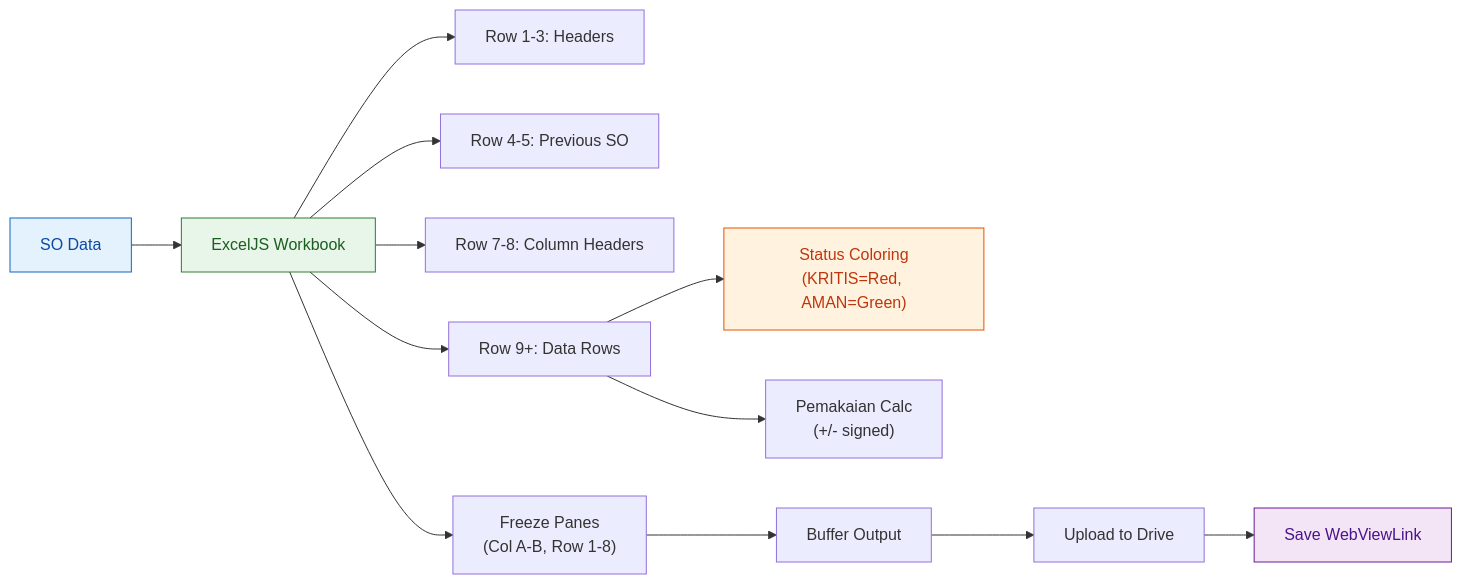
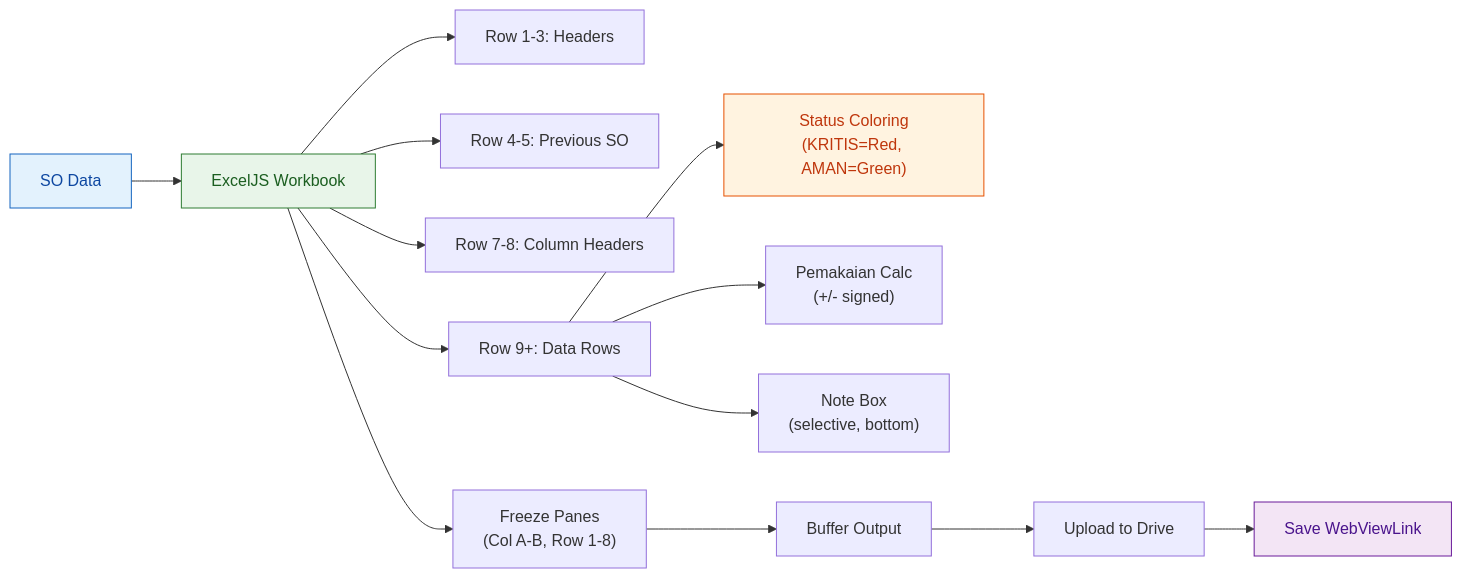
Before and after one commit to myGroomy/stokis-app: the sixth of 8 diagrams in docs/architecture.md, drawn with Mermaid. The commit also changed other lines of this file and 2 other files, not shown here.

````diff
--- a/docs/architecture.md
+++ b/docs/architecture.md
@@ -185,19 +190,20 @@
 ```mermaid
 flowchart LR
     A["SO Data"] --> B["ExcelJS Workbook"]
     B --> C["Row 1-3: Headers"]
     B --> D["Row 4-5: Previous SO"]
     B --> E["Row 7-8: Column Headers"]
     B --> F["Row 9+: Data Rows"]
     F --> G["Status Coloring<br/>(KRITIS=Red, AMAN=Green)"]
     F --> H["Pemakaian Calc<br/>(+/- signed)"]
+    F --> M["Note Box<br/>(selective, bottom)"]
     B --> I["Freeze Panes<br/>(Col A-B, Row 1-8)"]
     I --> J["Buffer Output"]
     J --> K["Upload to Drive"]
     K --> L["Save WebViewLink"]
 
     style A fill:#E3F2FD,stroke:#1565C0,color:#0D47A1
     style B fill:#E8F5E9,stroke:#2E7D32,color:#1B5E20
     style G fill:#FFF3E0,stroke:#E65100,color:#BF360C
     style L fill:#F3E5F5,stroke:#6A1B9A,color:#4A148C
 ```
````
